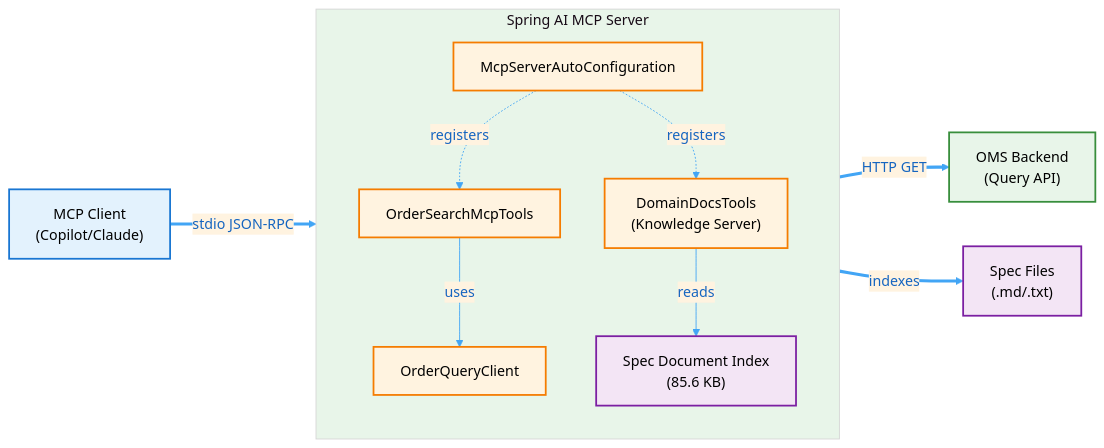
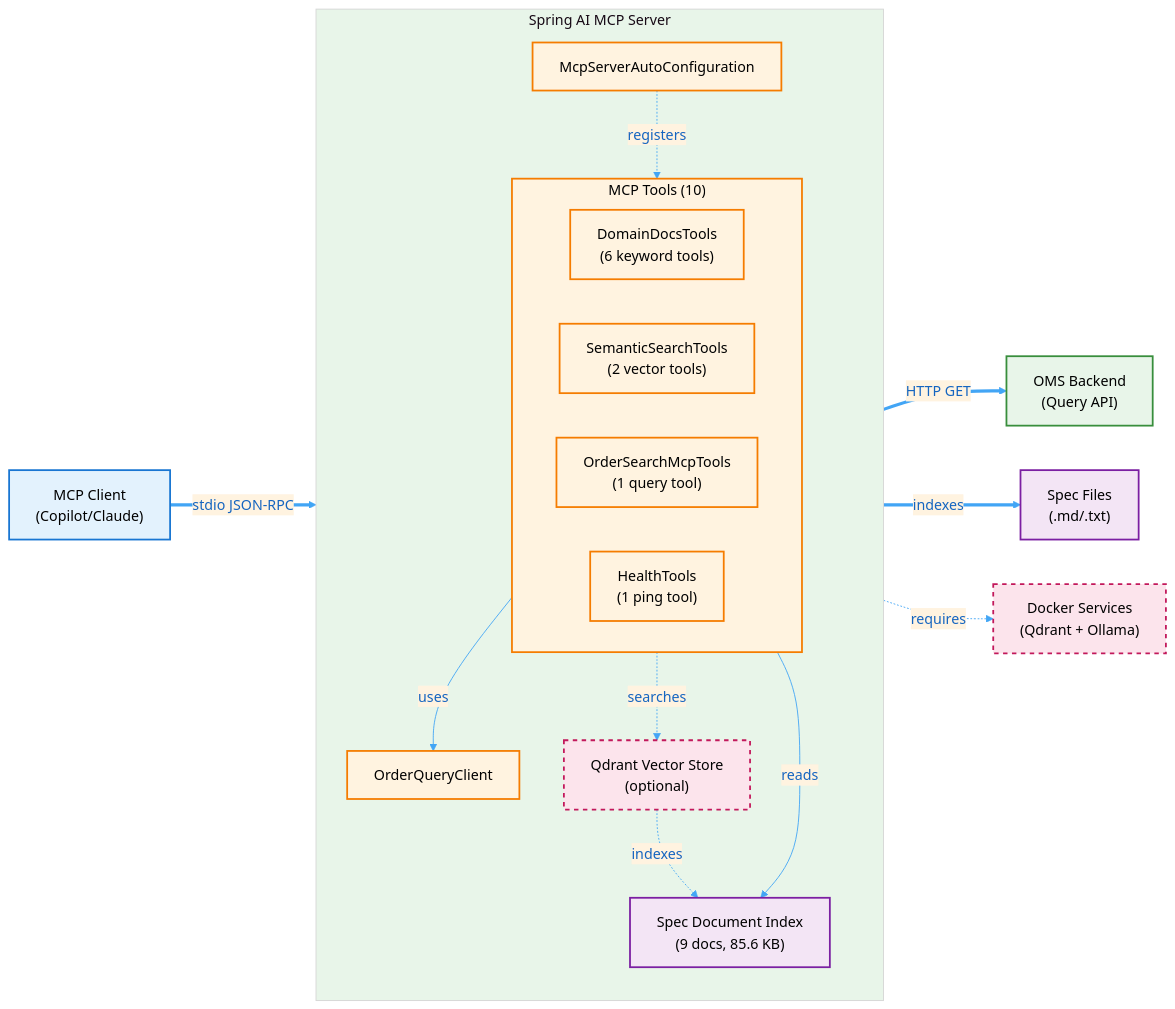
The diagram in mcp-server-lib/README.md (tbaderts/spring-ai), drawn with Mermaid before and after one commit. The commit also changed other lines of this file and 26 other files, not shown here.

Commit message:
semantic search, doc update

````diff
--- a/mcp-server-lib/README.md
+++ b/mcp-server-lib/README.md
@@ -165,36 +141,49 @@
 ```mermaid
 %%{init: {'theme':'base', 'themeVariables': { 'primaryColor':'#e3f2fd','primaryTextColor':'#1565c0','primaryBorderColor':'#1976d2','lineColor':'#42a5f5','secondaryColor':'#fff3e0','tertiaryColor':'#e8f5e9','quaternaryColor':'#f3e5f5'}}}%%
 flowchart LR
     Client["MCP Client<br/>(Copilot/Claude)"]
     
     subgraph Server["Spring AI MCP Server"]
         direction TB
         AutoConfig["McpServerAutoConfiguration"]
-        Tools["OrderSearchMcpTools"]
-        KnowledgeTools["DomainDocsTools<br/>(Knowledge Server)"]
+        
+        subgraph Tools["MCP Tools (10)"]
+            direction LR
+            KnowledgeTools["DomainDocsTools<br/>(6 keyword tools)"]
+            SemanticTools["SemanticSearchTools<br/>(2 vector tools)"]
+            OrderTools["OrderSearchMcpTools<br/>(1 query tool)"]
+            HealthTools["HealthTools<br/>(1 ping tool)"]
+        end
+        
         QueryClient["OrderQueryClient"]
-        DocsIndex["Spec Document Index<br/>(85.6 KB)"]
+        DocsIndex["Spec Document Index<br/>(9 docs, 85.6 KB)"]
+        VectorStore["Qdrant Vector Store<br/>(optional)"]
         
         AutoConfig -.->|registers| Tools
-        AutoConfig -.->|registers| KnowledgeTools
-        Tools -->|uses| QueryClient
+        OrderTools -->|uses| QueryClient
         KnowledgeTools -->|reads| DocsIndex
+        SemanticTools -.->|searches| VectorStore
+        VectorStore -.->|indexes| DocsIndex
     end
     
     OMS["OMS Backend<br/>(Query API)"]
     Specs["Spec Files<br/>(.md/.txt)"]
+    Docker["Docker Services<br/>(Qdrant + Ollama)"]
     
     Client ==>|stdio JSON-RPC| AutoConfig
     QueryClient ==>|HTTP GET| OMS
     DocsIndex ==>|indexes| Specs
+    VectorStore -.->|requires| Docker
     
     classDef clientStyle fill:#e3f2fd,stroke:#1976d2,stroke-width:2px,color:#000
     classDef serverStyle fill:#fff3e0,stroke:#f57c00,stroke-width:2px,color:#000
     classDef omsStyle fill:#e8f5e9,stroke:#388e3c,stroke-width:2px,color:#000
     classDef specStyle fill:#f3e5f5,stroke:#7b1fa2,stroke-width:2px,color:#000
+    classDef optionalStyle fill:#fce4ec,stroke:#c2185b,stroke-width:2px,stroke-dasharray: 5 5,color:#000
     
     class Client clientStyle
-    class AutoConfig,Tools,KnowledgeTools,QueryClient serverStyle
+    class AutoConfig,Tools,KnowledgeTools,SemanticTools,OrderTools,HealthTools,QueryClient serverStyle
     class OMS omsStyle
     class DocsIndex,Specs specStyle
+    class VectorStore,Docker optionalStyle
 ```
````
